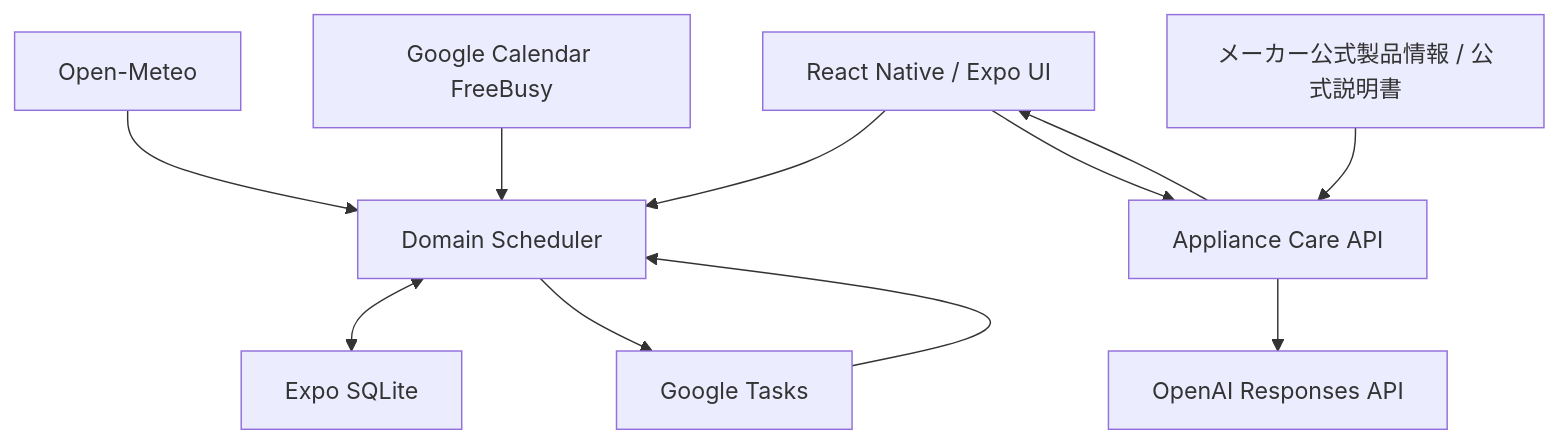
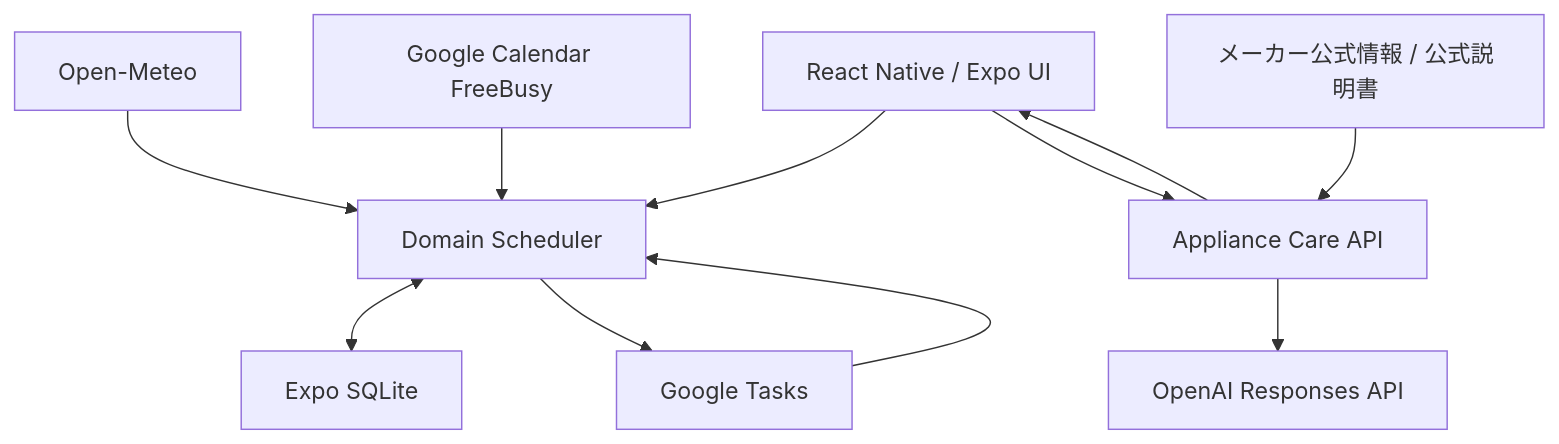
The diagram in README.md (jphacks/tkb_2633), drawn with Mermaid before and after one commit. The commit also changed other lines of this file and 5 other files, not shown here.

````diff
--- a/README.md
+++ b/README.md
@@ -726,29 +816,29 @@
 ```mermaid
 flowchart TD
     UI["React Native / Expo UI"]
 
     Scheduler["Domain Scheduler"]
     SQLite["Expo SQLite"]
 
     Weather["Open-Meteo"]
     Calendar["Google Calendar FreeBusy"]
     Tasks["Google Tasks"]
 
     Appliance["Appliance Care API"]
-    Official["メーカー公式製品情報 / 公式説明書"]
+    Official["メーカー公式情報 / 公式説明書"]
     OpenAI["OpenAI Responses API"]
 
     UI --> Scheduler
     Scheduler <--> SQLite
 
     Weather --> Scheduler
     Calendar --> Scheduler
 
     Scheduler --> Tasks
     Tasks --> Scheduler
 
     UI --> Appliance
     Official --> Appliance
     Appliance --> OpenAI
     Appliance --> UI
 ```
````
